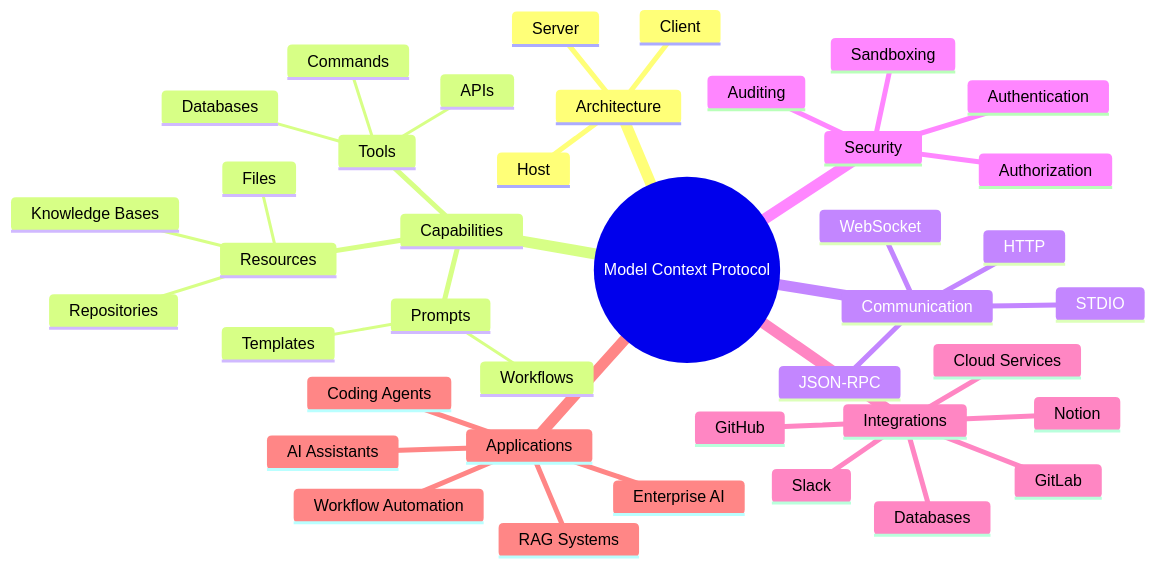
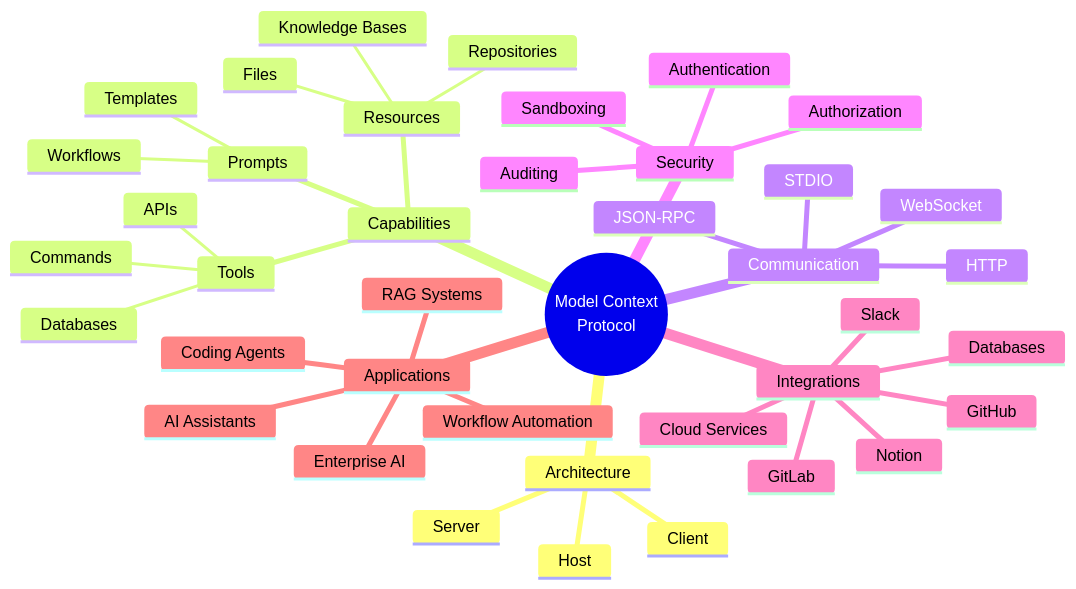
One commit to cybersecurity-dev/awesome-model-context-protocol changed the first of 2 diagrams in README.md. Above: the diagram before and after it, drawn with Mermaid.

Commit message:
++updated flowchart

````diff
--- a/README.md
+++ b/README.md
@@ -3,48 +3,48 @@
 ```mermaid
 mindmap
-  root((Model Context Protocol))
+  root((Model Context<br/>Protocol))
     Architecture
       Host
       Client
       Server
 
     Capabilities
       Tools
         APIs
         Commands
         Databases
       Resources
         Files
         Repositories
         Knowledge Bases
       Prompts
         Templates
         Workflows
 
     Communication
       JSON-RPC
       STDIO
       HTTP
       WebSocket
 
     Security
       Authentication
       Authorization
       Sandboxing
       Auditing
 
     Integrations
       GitHub
       GitLab
       Slack
       Notion
       Databases
       Cloud Services
 
     Applications
       AI Assistants
       Coding Agents
       Enterprise AI
       RAG Systems
       Workflow Automation
 ```
````
